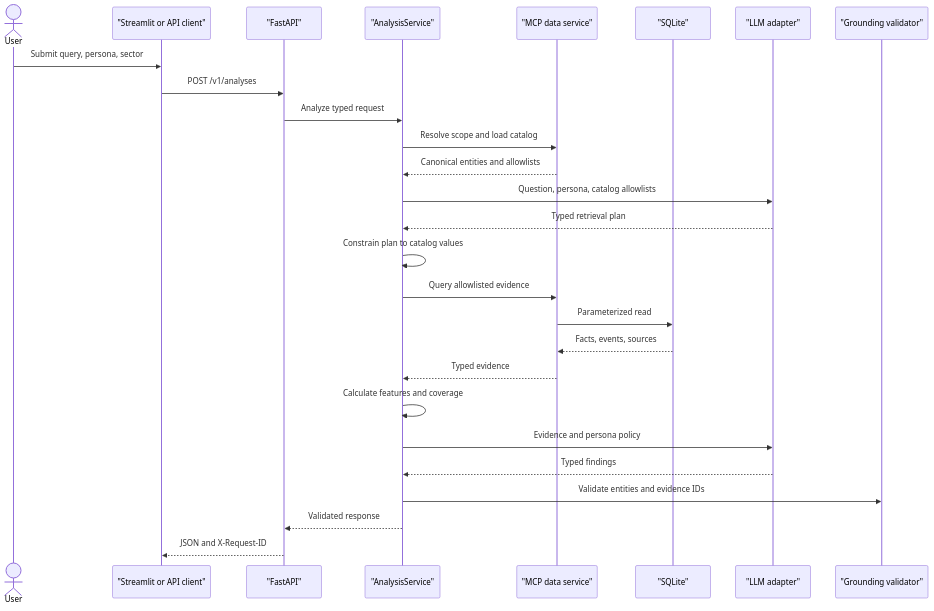
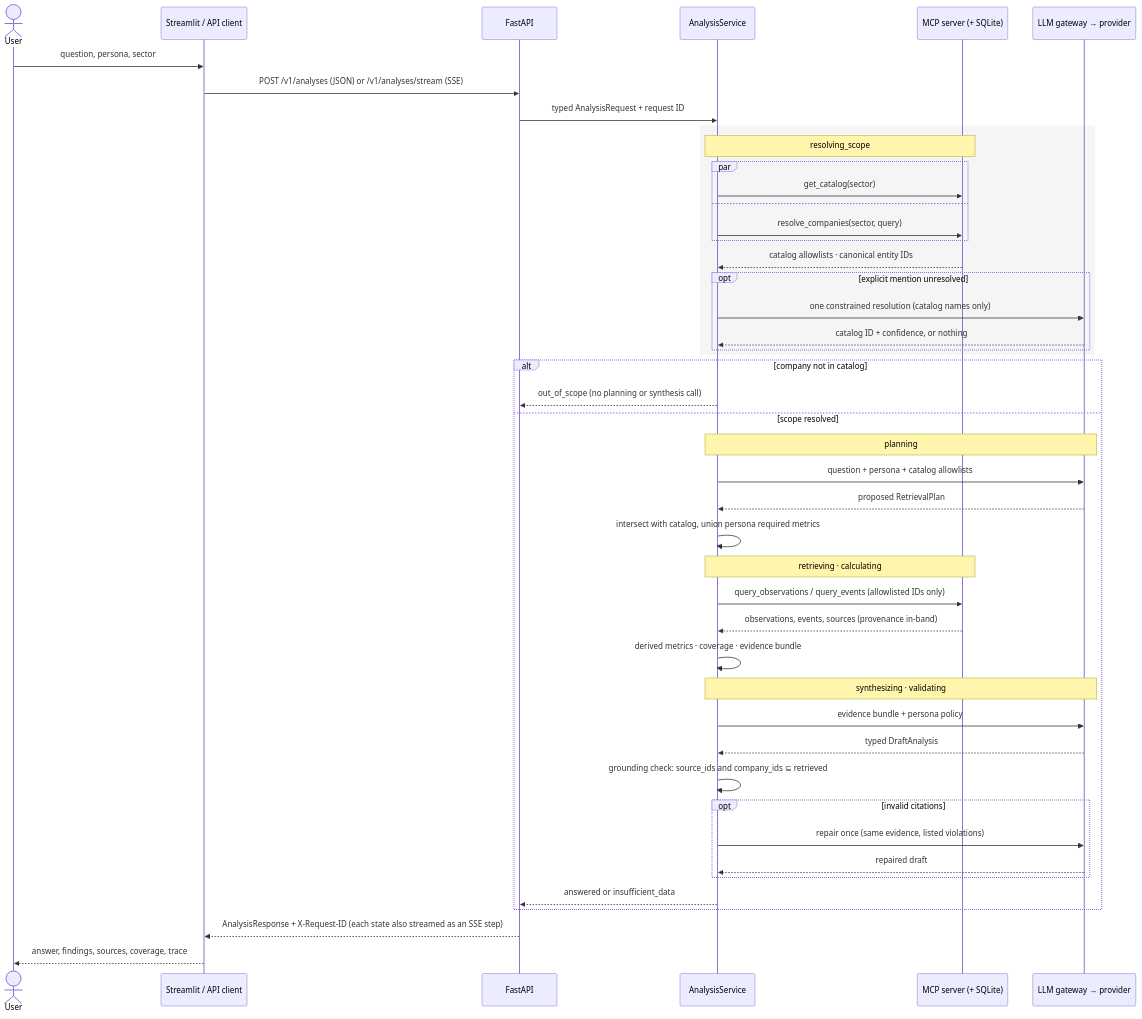
The fourth of 4 diagrams in docs/DESIGN.md (salujajaskeerat/FinAgent), drawn with Mermaid before and after one commit. The commit also changed other lines of this file and 3 other files, not shown here.

First line of the commit message:
docs: consolidate diagrams with the shipped workflow

````diff
--- a/docs/DESIGN.md
+++ b/docs/DESIGN.md
@@ -156,30 +165,54 @@
 ```mermaid
 sequenceDiagram
     actor User
-    participant Client as "Streamlit or API client"
-    participant API as "FastAPI"
-    participant Agent as "AnalysisService"
-    participant MCP as "MCP data service"
-    participant DB as "SQLite"
-    participant LLM as "LLM adapter"
-    participant Validator as "Grounding validator"
+    participant Client as Streamlit / API client
+    participant API as FastAPI
+    participant Agent as AnalysisService
+    participant MCP as MCP server (+ SQLite)
+    participant LLM as LLM gateway → provider
 
-    User->>Client: Submit query, persona, sector
-    Client->>API: POST /v1/analyses
-    API->>Agent: Analyze typed request
-    Agent->>MCP: Resolve scope and load catalog
-    MCP-->>Agent: Canonical entities and allowlists
-    Agent->>LLM: Question, persona, catalog allowlists
-    LLM-->>Agent: Typed retrieval plan
-    Agent->>Agent: Constrain plan to catalog values
-    Agent->>MCP: Query allowlisted evidence
-    MCP->>DB: Parameterized read
-    DB-->>MCP: Facts, events, sources
-    MCP-->>Agent: Typed evidence
-    Agent->>Agent: Calculate features and coverage
-    Agent->>LLM: Evidence and persona policy
-    LLM-->>Agent: Typed findings
-    Agent->>Validator: Validate entities and evidence IDs
-    Agent-->>API: Validated response
-    API-->>Client: JSON and X-Request-ID
+    User->>Client: question, persona, sector
+    Client->>API: POST /v1/analyses (JSON) or /v1/analyses/stream (SSE)
+    API->>Agent: typed AnalysisRequest + request ID
+
+    rect rgb(245,245,245)
+        note over Agent,MCP: resolving_scope
+        par
+            Agent->>MCP: get_catalog(sector)
+        and
+            Agent->>MCP: resolve_companies(sector, query)
+        end
+        MCP-->>Agent: catalog allowlists · canonical entity IDs
+        opt explicit mention unresolved
+            Agent->>LLM: one constrained resolution (catalog names only)
+            LLM-->>Agent: catalog ID + confidence, or nothing
+        end
+    end
+
+    alt company not in catalog
+        Agent-->>API: out_of_scope (no planning or synthesis call)
+    else scope resolved
+        note over Agent,LLM: planning
+        Agent->>LLM: question + persona + catalog allowlists
+        LLM-->>Agent: proposed RetrievalPlan
+        Agent->>Agent: intersect with catalog, union persona required metrics
+
+        note over Agent,MCP: retrieving · calculating
+        Agent->>MCP: query_observations / query_events (allowlisted IDs only)
+        MCP-->>Agent: observations, events, sources (provenance in-band)
+        Agent->>Agent: derived metrics · coverage · evidence bundle
+
+        note over Agent,LLM: synthesizing · validating
+        Agent->>LLM: evidence bundle + persona policy
+        LLM-->>Agent: typed DraftAnalysis
+        Agent->>Agent: grounding check: source_ids and company_ids ⊆ retrieved
+        opt invalid citations
+            Agent->>LLM: repair once (same evidence, listed violations)
+            LLM-->>Agent: repaired draft
+        end
+        Agent-->>API: answered or insufficient_data
+    end
+
+    API-->>Client: AnalysisResponse + X-Request-ID (each state also streamed as an SSE step)
+    Client-->>User: answer, findings, sources, coverage, trace
 ```
````
